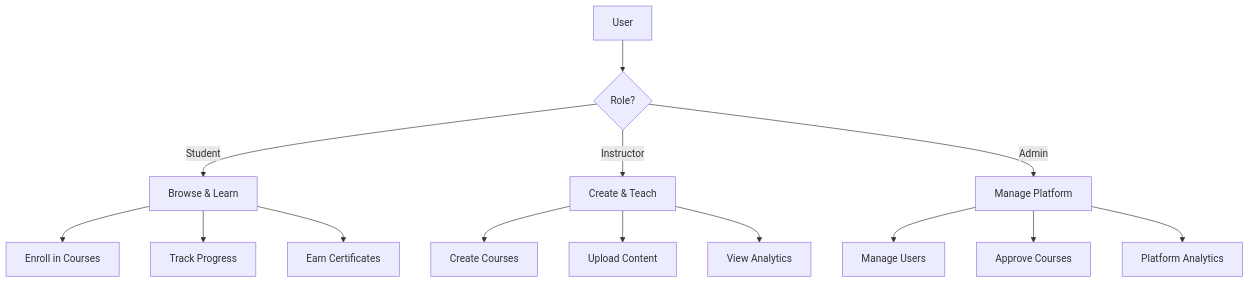
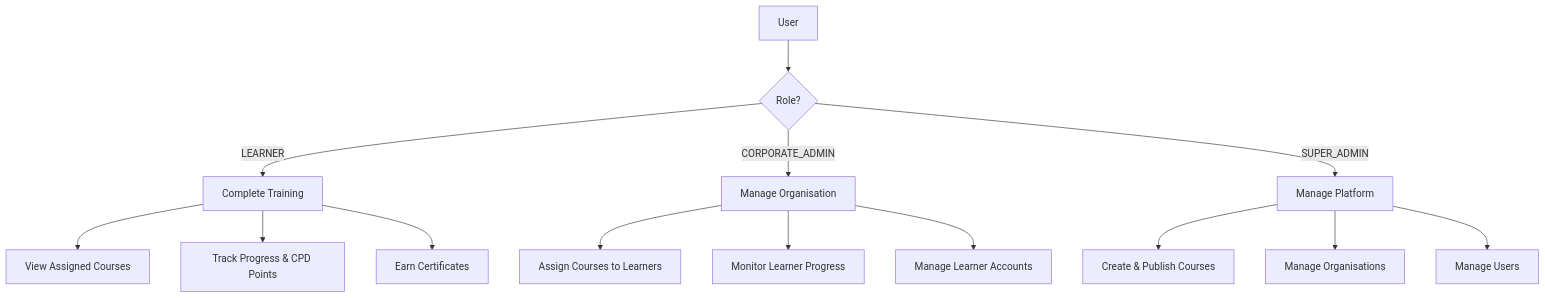
Before and after one commit to alfredang/learnify-childcare: the first of 2 diagrams in docs/features/overview.md, drawn with Mermaid. The commit also changed other lines of this file and 8 other files, not shown here.

First line of the commit message:
docs: rewrite documentation for childcare corporate training platform

````diff
--- a/docs/features/overview.md
+++ b/docs/features/overview.md
@@ -21,16 +29,16 @@
 ```mermaid
 graph TD
     A[User] --> B{Role?}
-    B -->|Student| C[Browse & Learn]
-    B -->|Instructor| D[Create & Teach]
-    B -->|Admin| E[Manage Platform]
-    C --> F[Enroll in Courses]
-    C --> G[Track Progress]
+    B -->|LEARNER| C[Complete Training]
+    B -->|CORPORATE_ADMIN| D[Manage Organisation]
+    B -->|SUPER_ADMIN| E[Manage Platform]
+    C --> F[View Assigned Courses]
+    C --> G[Track Progress & CPD Points]
     C --> H[Earn Certificates]
-    D --> I[Create Courses]
-    D --> J[Upload Content]
-    D --> K[View Analytics]
-    E --> L[Manage Users]
-    E --> M[Approve Courses]
-    E --> N[Platform Analytics]
+    D --> I[Assign Courses to Learners]
+    D --> J[Monitor Learner Progress]
+    D --> K[Manage Learner Accounts]
+    E --> L[Create & Publish Courses]
+    E --> M[Manage Organisations]
+    E --> N[Manage Users]
 ```
````
